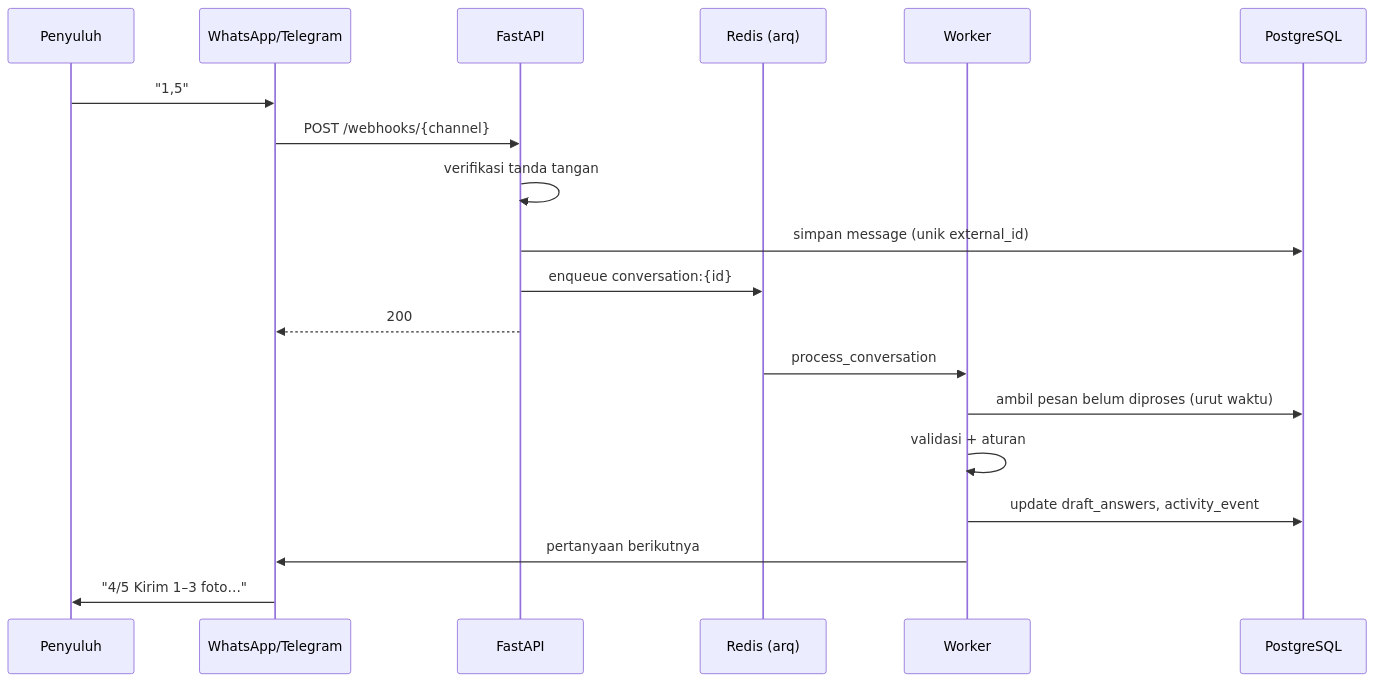
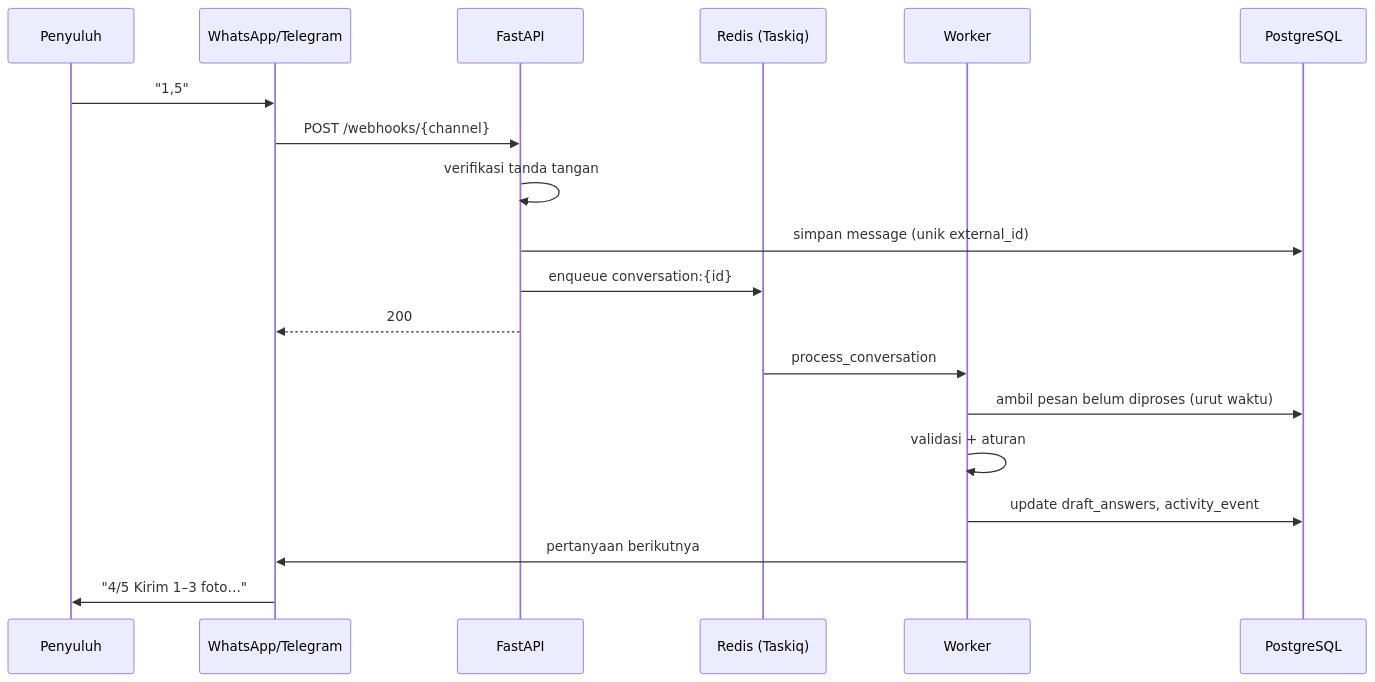
One commit to indrarasyid07/fredd-backend changed the second of 3 diagrams in docs/13-diagrams/system-diagrams.md. Above: the diagram before and after it, drawn with Mermaid. The commit also changed other lines of this file and 19 other files, not shown here.

````diff
--- a/docs/13-diagrams/system-diagrams.md
+++ b/docs/13-diagrams/system-diagrams.md
@@ -38,22 +38,22 @@
 ```mermaid
 sequenceDiagram
   participant P as Penyuluh
   participant K as WhatsApp/Telegram
   participant A as FastAPI
-  participant Q as Redis (arq)
+  participant Q as Redis (Taskiq)
   participant W as Worker
   participant D as PostgreSQL
 
   P->>K: "1,5"
   K->>A: POST /webhooks/{channel}
   A->>A: verifikasi tanda tangan
   A->>D: simpan message (unik external_id)
   A->>Q: enqueue conversation:{id}
   A-->>K: 200
   Q->>W: process_conversation
   W->>D: ambil pesan belum diproses (urut waktu)
   W->>W: validasi + aturan
   W->>D: update draft_answers, activity_event
   W->>K: pertanyaan berikutnya
   K->>P: "4/5 Kirim 1–3 foto…"
 ```
````
